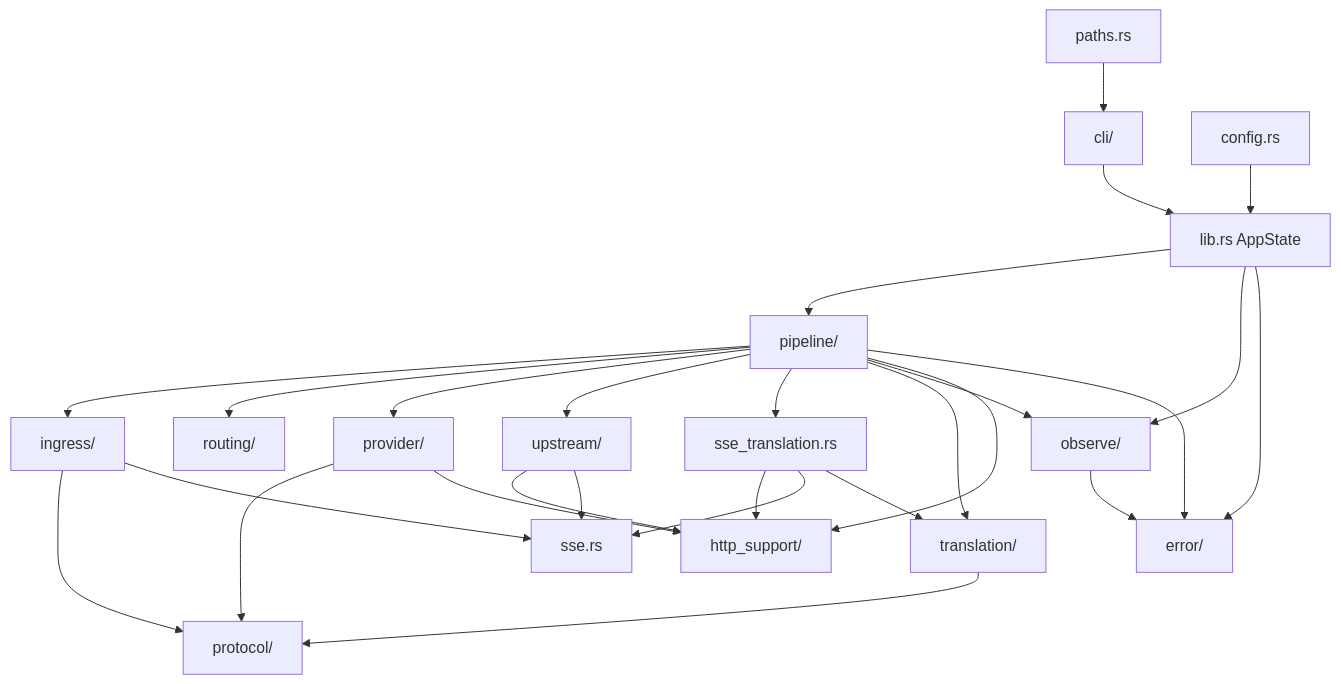
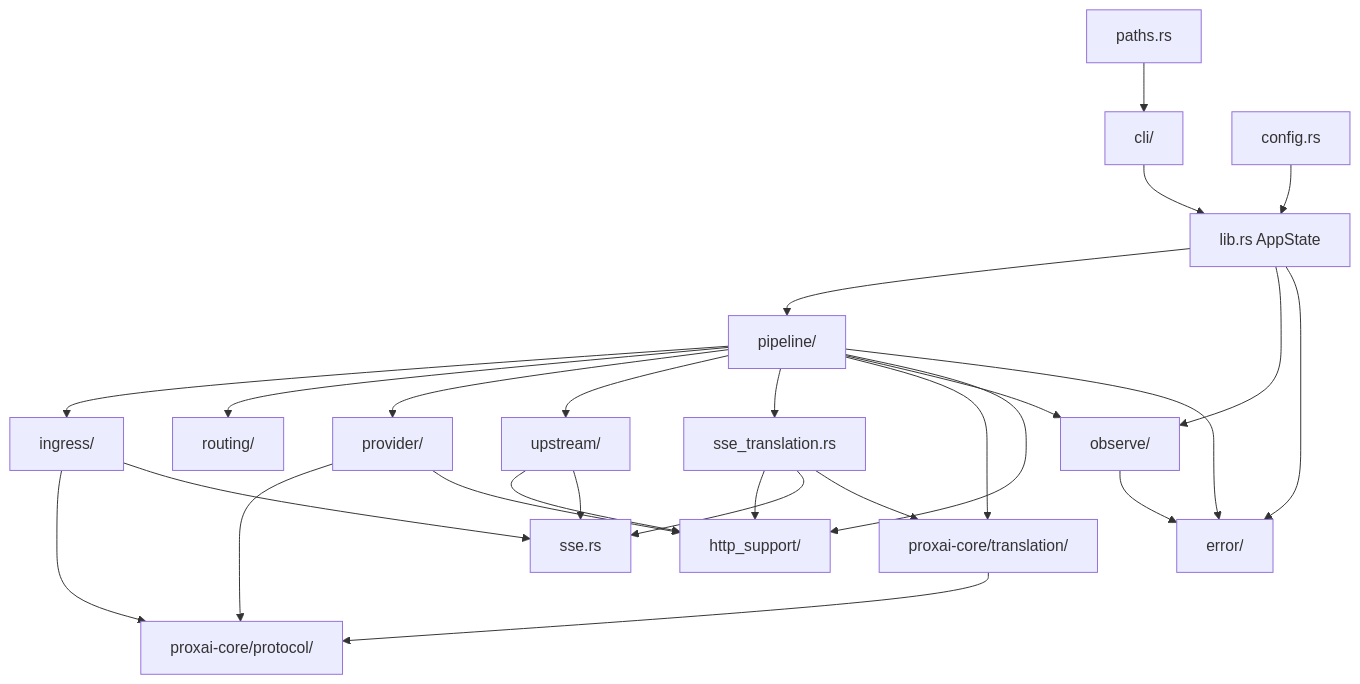
The diagram in site/src/content/docs/developer/architecture/index.mdx (VIDLG/proxai), drawn with Mermaid before and after one commit. The commit also changed other lines of this file and 234 other files, not shown here.

Commit message:
Extract protocol translation core crate

````diff
--- a/site/src/content/docs/developer/architecture/index.mdx
+++ b/site/src/content/docs/developer/architecture/index.mdx
@@ -222,31 +227,31 @@
 ```mermaid
 flowchart TD
   cli[cli/] --> lib[lib.rs AppState]
   config[config.rs] --> lib
   paths[paths.rs] --> cli
   lib --> pipeline[pipeline/]
 
   pipeline --> ingress[ingress/]
   pipeline --> routing[routing/]
   pipeline --> provider[provider/]
   pipeline --> upstream[upstream/]
   pipeline --> sse_translation[sse_translation.rs]
-  pipeline --> translation[translation/]
+  pipeline --> translation[proxai-core/translation/]
   pipeline --> observe[observe/]
   pipeline --> http_support[http_support/]
   pipeline --> error[error/]
 
-  ingress --> protocol[protocol/]
+  ingress --> protocol[proxai-core/protocol/]
   translation --> protocol
   provider --> protocol
   upstream --> http_support
   provider --> http_support
   sse_translation --> http_support
   sse_translation --> sse[sse.rs]
   sse_translation --> translation
   ingress --> sse
   upstream --> sse
   observe --> error
   lib --> observe
   lib --> error
 ```
````
